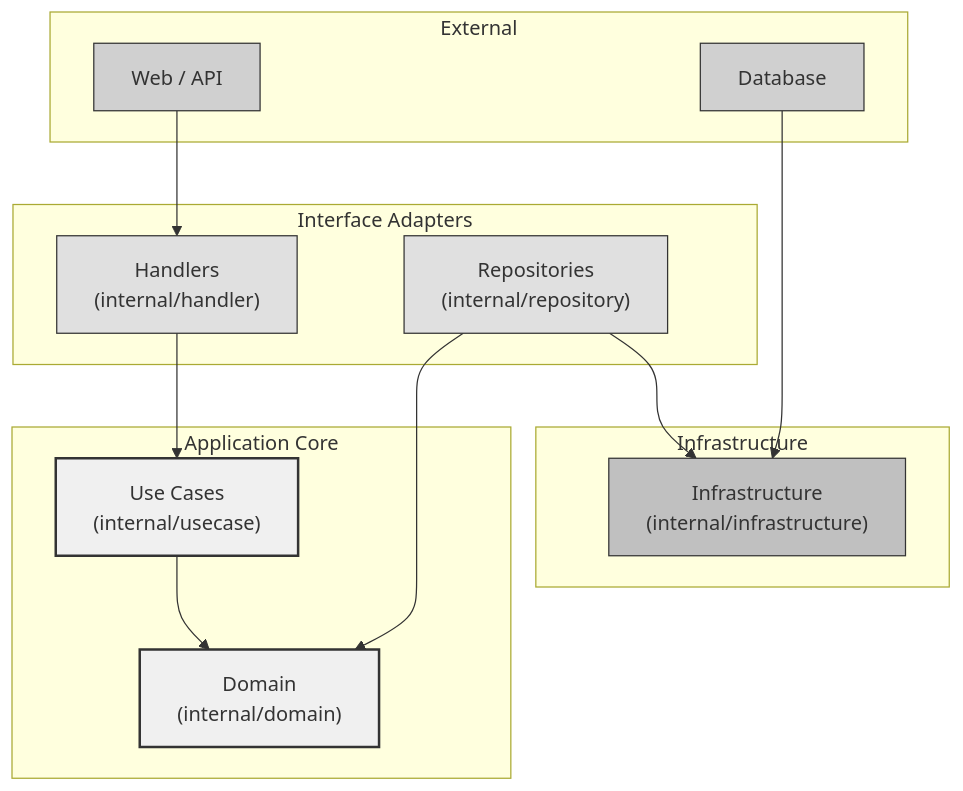
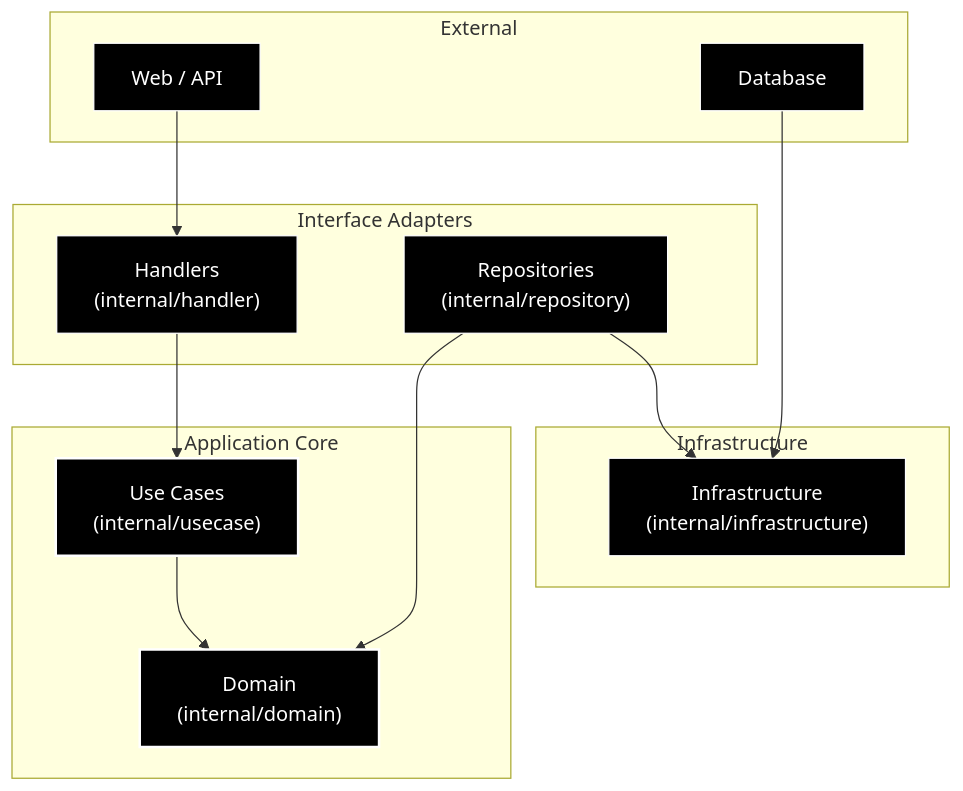
Before and after one commit to ohta-rh/go-backend-boilerplate: the first of 6 diagrams in README.md, drawn with Mermaid. The commit also changed other lines of this file, not shown here.

````diff
--- a/README.md
+++ b/README.md
@@ -13,38 +13,38 @@
 ```mermaid
 graph TD
     subgraph "External"
         Web["Web / API"]
         DB["Database"]
     end
     
     subgraph "Interface Adapters"
         H["Handlers<br/>(internal/handler)"]
         R["Repositories<br/>(internal/repository)"]
     end
     
     subgraph "Application Core"
         UC["Use Cases<br/>(internal/usecase)"]
         D["Domain<br/>(internal/domain)"]
     end
     
     subgraph "Infrastructure"
         I["Infrastructure<br/>(internal/infrastructure)"]
     end
     
     Web --> H
     H --> UC
     UC --> D
     R --> D
     R --> I
     DB --> I
     
-    classDef core fill:#f0f0f0,stroke:#333,stroke-width:2px;
-    classDef adapter fill:#e0e0e0,stroke:#333,stroke-width:1px;
-    classDef external fill:#d0d0d0,stroke:#333,stroke-width:1px;
-    classDef infra fill:#c0c0c0,stroke:#333,stroke-width:1px;
+    classDef core fill:#000000,stroke:#ffffff,stroke-width:2px,color:#ffffff;
+    classDef adapter fill:#000000,stroke:#ffffff,stroke-width:1px,color:#ffffff;
+    classDef external fill:#000000,stroke:#ffffff,stroke-width:1px,color:#ffffff;
+    classDef infra fill:#000000,stroke:#ffffff,stroke-width:1px,color:#ffffff;
     
     class D,UC core;
     class H,R adapter;
     class Web,DB external;
     class I infra;
 ```
````
